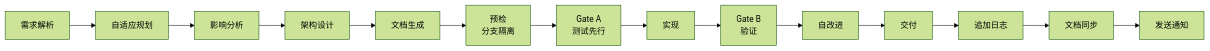
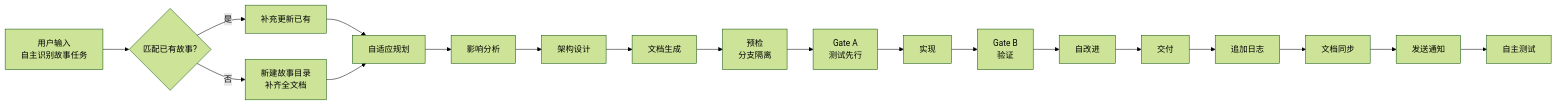
Before and after one commit to effiy/YrY: the second of 17 diagrams in skills/rui/SKILL.md, drawn with Mermaid (forest theme). The commit also changed other lines of this file and 61 other files, not shown here.

````diff
--- a/skills/rui/SKILL.md
+++ b/skills/rui/SKILL.md
@@ -63,6 +73,10 @@
 ```mermaid
 flowchart LR
-    A[需求解析] --> B[自适应规划] --> C[影响分析] --> D[架构设计] --> E[文档生成]
+    A[用户输入<br/>自主识别故事任务] --> A1{匹配已有故事?}
+    A1 -->|"是"| A2[补充更新已有]
+    A1 -->|"否"| A3[新建故事目录<br/>补齐全文档]
+    A2 --> B[自适应规划] --> C[影响分析] --> D[架构设计] --> E[文档生成]
+    A3 --> B
     E --> F[预检<br/>分支隔离] --> G[Gate A<br/>测试先行] --> H[实现] --> I[Gate B<br/>验证] --> J[自改进] --> K[交付]
-    K --> K1[追加日志] --> K2[文档同步] --> K3[发送通知]
+    K --> K1[追加日志] --> K2[文档同步] --> K3[发送通知] --> K4[自主测试]
 ```
````
